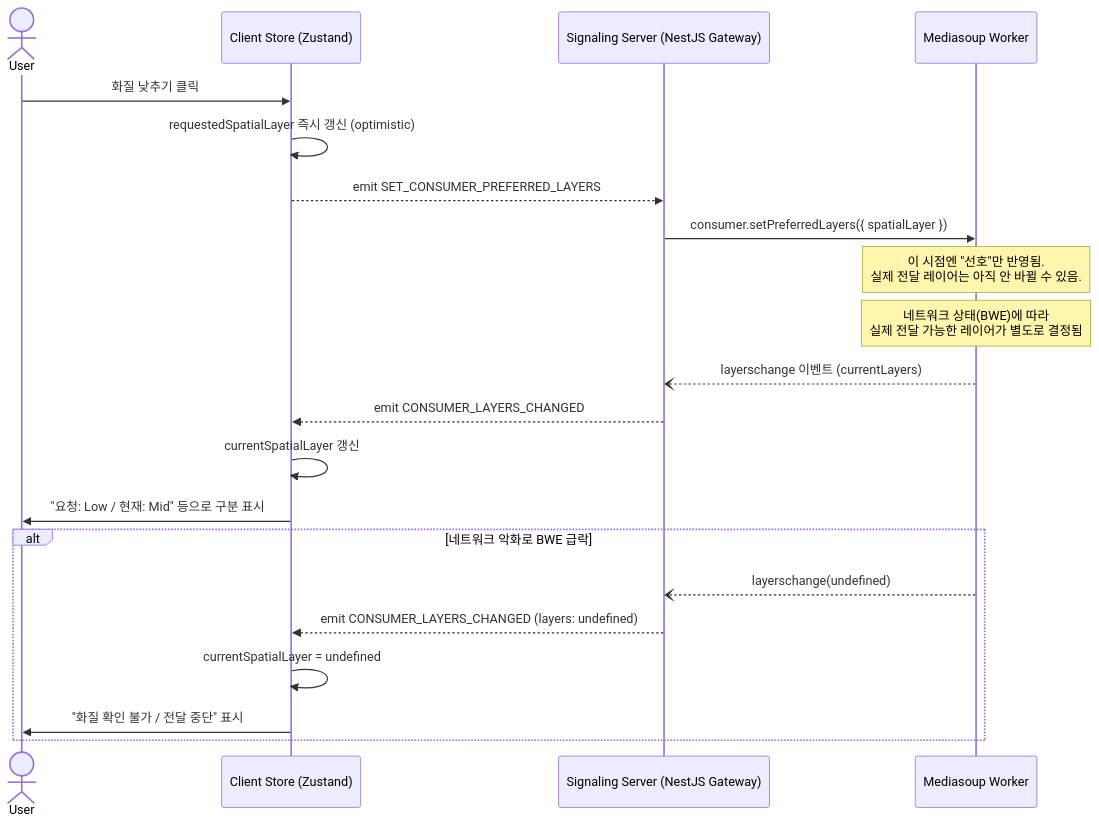
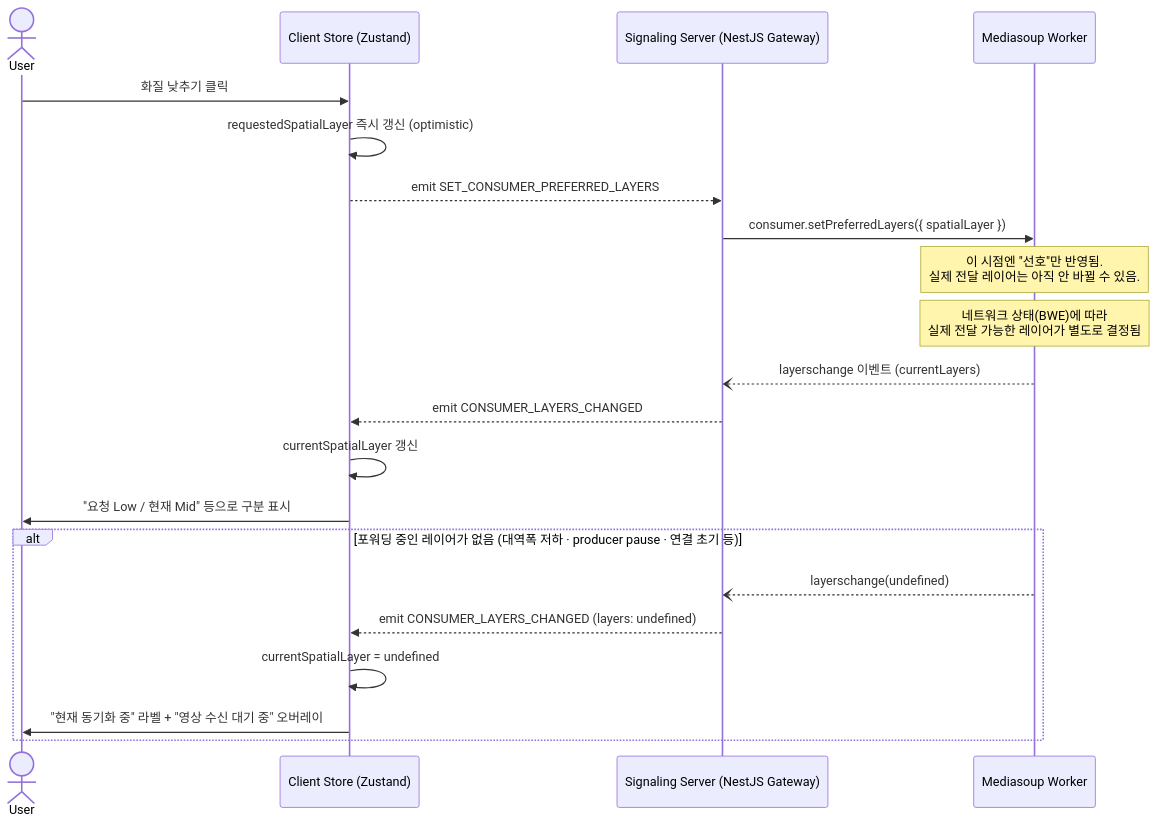
The fourth of 4 diagrams in docs/problem-solving.mdx (Yonghwan-Song/pomodoro-doc), drawn with Mermaid before and after one commit. The commit also changed other lines of this file and 5 other files, not shown here.

First line of the commit message:
Add signaling design sections and make sequence diagrams openable

````diff
--- a/docs/problem-solving.mdx
+++ b/docs/problem-solving.mdx
@@ -1244,26 +1447,26 @@
 ```mermaid
 sequenceDiagram
     actor User
     participant ClientStore as Client Store (Zustand)
     participant Server as Signaling Server (NestJS Gateway)
     participant Worker as Mediasoup Worker
 
     User->>ClientStore: 화질 낮추기 클릭
     ClientStore->>ClientStore: requestedSpatialLayer 즉시 갱신 (optimistic)
     ClientStore-->>Server: emit SET_CONSUMER_PREFERRED_LAYERS
     Server->>Worker: consumer.setPreferredLayers({ spatialLayer })
     Note over Worker: 이 시점엔 "선호"만 반영됨.<br/>실제 전달 레이어는 아직 안 바뀔 수 있음.
 
     Note over Worker: 네트워크 상태(BWE)에 따라<br/>실제 전달 가능한 레이어가 별도로 결정됨
     Worker--)Server: layerschange 이벤트 (currentLayers)
     Server-->>ClientStore: emit CONSUMER_LAYERS_CHANGED
     ClientStore->>ClientStore: currentSpatialLayer 갱신
-    ClientStore->>User: "요청: Low / 현재: Mid" 등으로 구분 표시
+    ClientStore->>User: "요청 Low / 현재 Mid" 등으로 구분 표시
 
-    alt 네트워크 악화로 BWE 급락
+    alt 포워딩 중인 레이어가 없음 (대역폭 저하 · producer pause · 연결 초기 등)
         Worker--)Server: layerschange(undefined)
         Server-->>ClientStore: emit CONSUMER_LAYERS_CHANGED (layers: undefined)
         ClientStore->>ClientStore: currentSpatialLayer = undefined
-        ClientStore->>User: "화질 확인 불가 / 전달 중단" 표시
+        ClientStore->>User: "현재 동기화 중" 라벨 + "영상 수신 대기 중" 오버레이
     end
 ```
````
